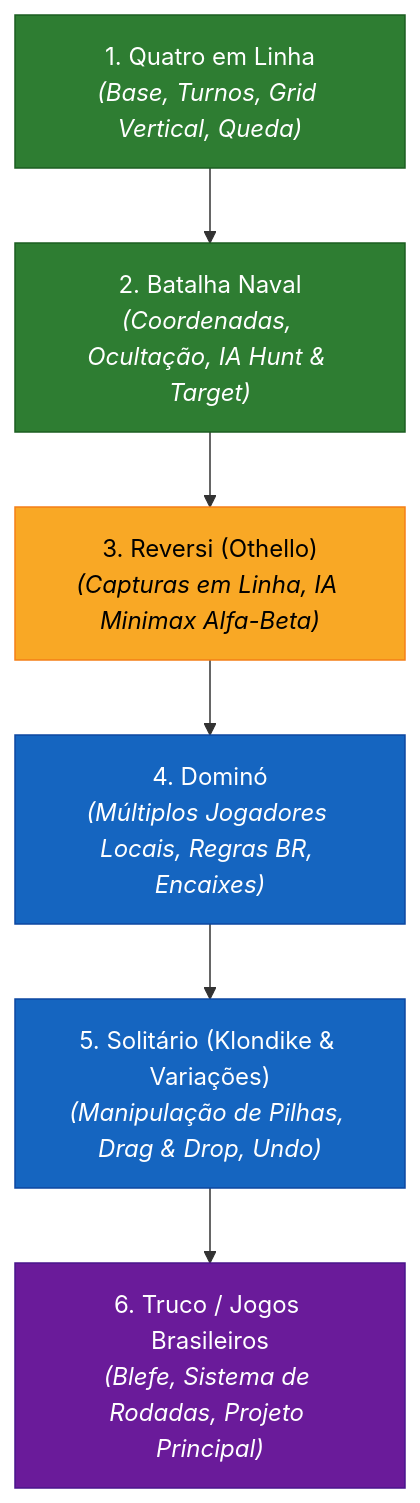
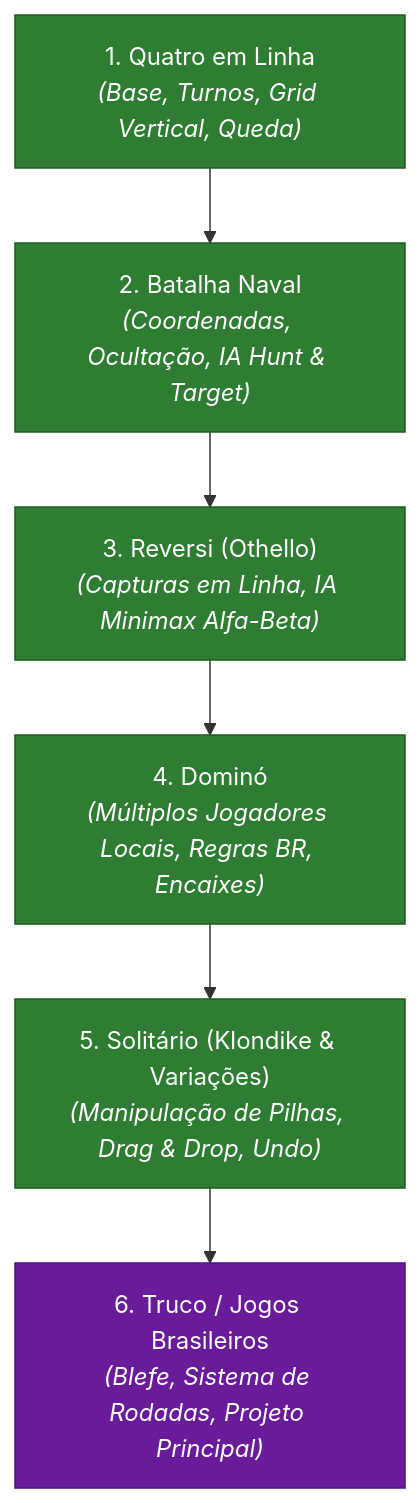
One commit to ricasolucoes/PlayTable changed the diagram in docs/ESTAGIOS_E_ROADMAP.md. Above: the diagram before and after it, drawn with Mermaid. The commit also changed other lines of this file and 73 other files, not shown here.

````diff
--- a/docs/ESTAGIOS_E_ROADMAP.md
+++ b/docs/ESTAGIOS_E_ROADMAP.md
@@ -11,15 +11,15 @@
 ```mermaid
 graph TD
     A["1. Quatro em Linha<br/><i>(Base, Turnos, Grid Vertical, Queda)</i>"] --> B["2. Batalha Naval<br/><i>(Coordenadas, Ocultação, IA Hunt & Target)</i>"]
     B --> C["3. Reversi (Othello)<br/><i>(Capturas em Linha, IA Minimax Alfa-Beta)</i>"]
     C --> D["4. Dominó<br/><i>(Múltiplos Jogadores Locais, Regras BR, Encaixes)</i>"]
     D --> E["5. Solitário (Klondike & Variações)<br/><i>(Manipulação de Pilhas, Drag & Drop, Undo)</i>"]
     E --> F["6. Truco / Jogos Brasileiros<br/><i>(Blefe, Sistema de Rodadas, Projeto Principal)</i>"]
 
     style A fill:#2e7d32,stroke:#1b5e20,color:#fff
     style B fill:#2e7d32,stroke:#1b5e20,color:#fff
-    style C fill:#f9a825,stroke:#f57f17,color:#000
-    style D fill:#1565c0,stroke:#0d47a1,color:#fff
-    style E fill:#1565c0,stroke:#0d47a1,color:#fff
+    style C fill:#2e7d32,stroke:#1b5e20,color:#fff
+    style D fill:#2e7d32,stroke:#1b5e20,color:#fff
+    style E fill:#2e7d32,stroke:#1b5e20,color:#fff
     style F fill:#6a1b9a,stroke:#4a148c,color:#fff
 ```
````
